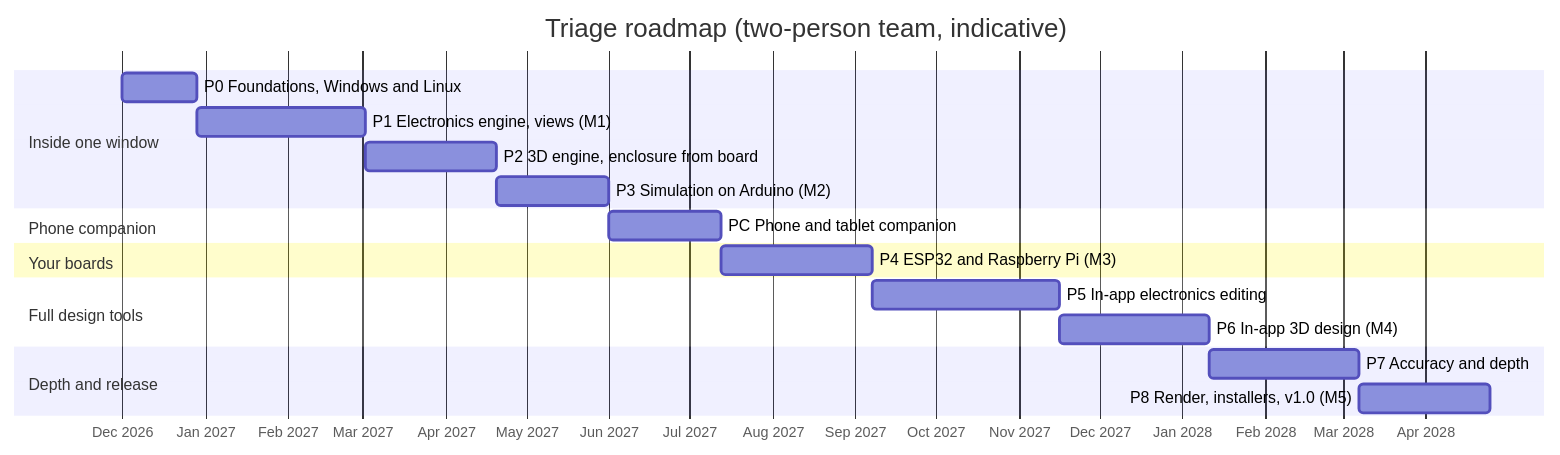
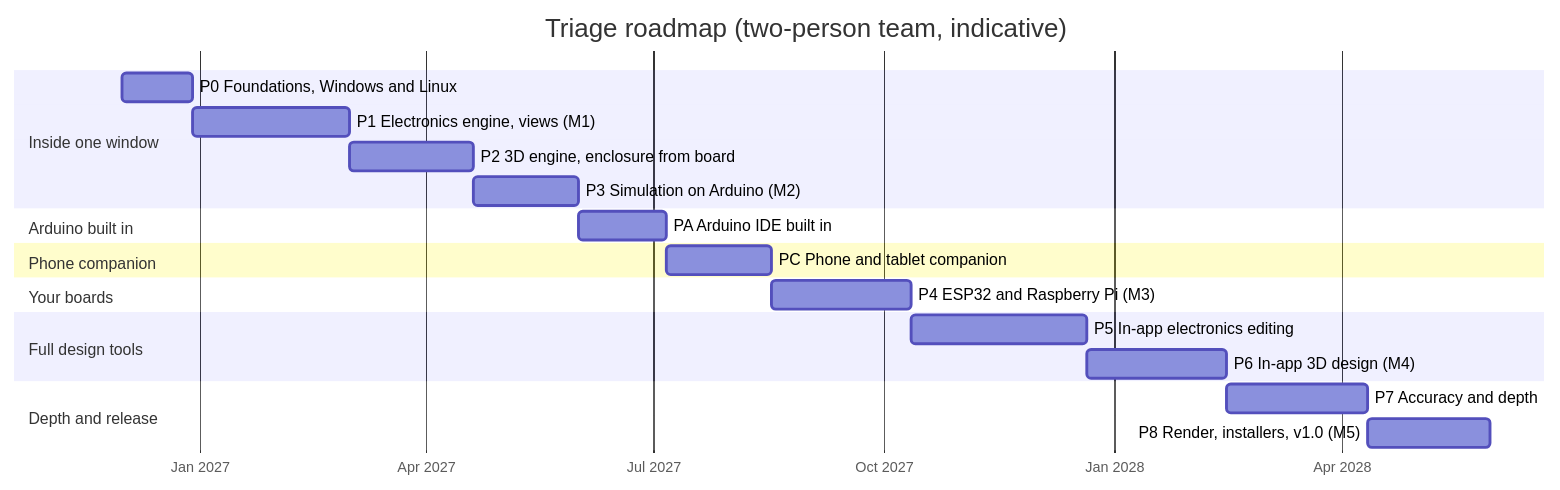
The diagram in docs/ROADMAP.md (NoboIshraque/triage), drawn with Mermaid before and after one commit. The commit also changed other lines of this file and 6 other files, not shown here.

First line of the commit message:
docs: the owner's decisions of 2026-11-27: Arduino built in (phase PA), buttons and mouse first

````diff
--- a/docs/ROADMAP.md
+++ b/docs/ROADMAP.md
@@ -15,21 +19,23 @@
 ```mermaid
 gantt
   title Triage roadmap (two-person team, indicative)
   dateFormat YYYY-MM-DD
   axisFormat %b %Y
   section Inside one window
   P0 Foundations, Windows and Linux   :p0, 2026-12-01, 4w
   P1 Electronics engine, views (M1)   :p1, after p0, 9w
   P2 3D engine, enclosure from board  :p2, after p1, 7w
   P3 Simulation on Arduino (M2)       :p3, after p2, 6w
+  section Arduino built in
+  PA Arduino IDE built in             :pa, after p3, 5w
   section Phone companion
-  PC Phone and tablet companion       :pc, after p3, 6w
+  PC Phone and tablet companion       :pc, after pa, 6w
   section Your boards
   P4 ESP32 and Raspberry Pi (M3)      :p4, after pc, 8w
   section Full design tools
   P5 In-app electronics editing       :p5, after p4, 10w
   P6 In-app 3D design (M4)            :p6, after p5, 8w
   section Depth and release
   P7 Accuracy and depth               :p7, after p6, 8w
   P8 Render, installers, v1.0 (M5)    :p8, after p7, 7w
 ```
````
